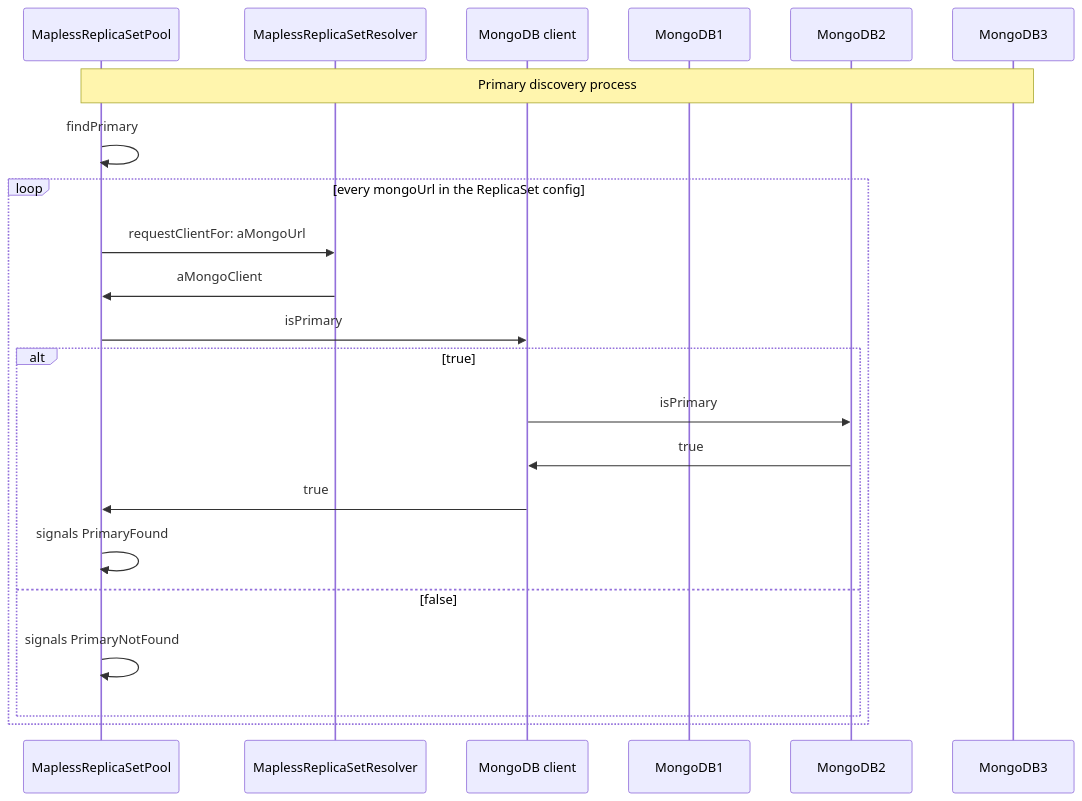
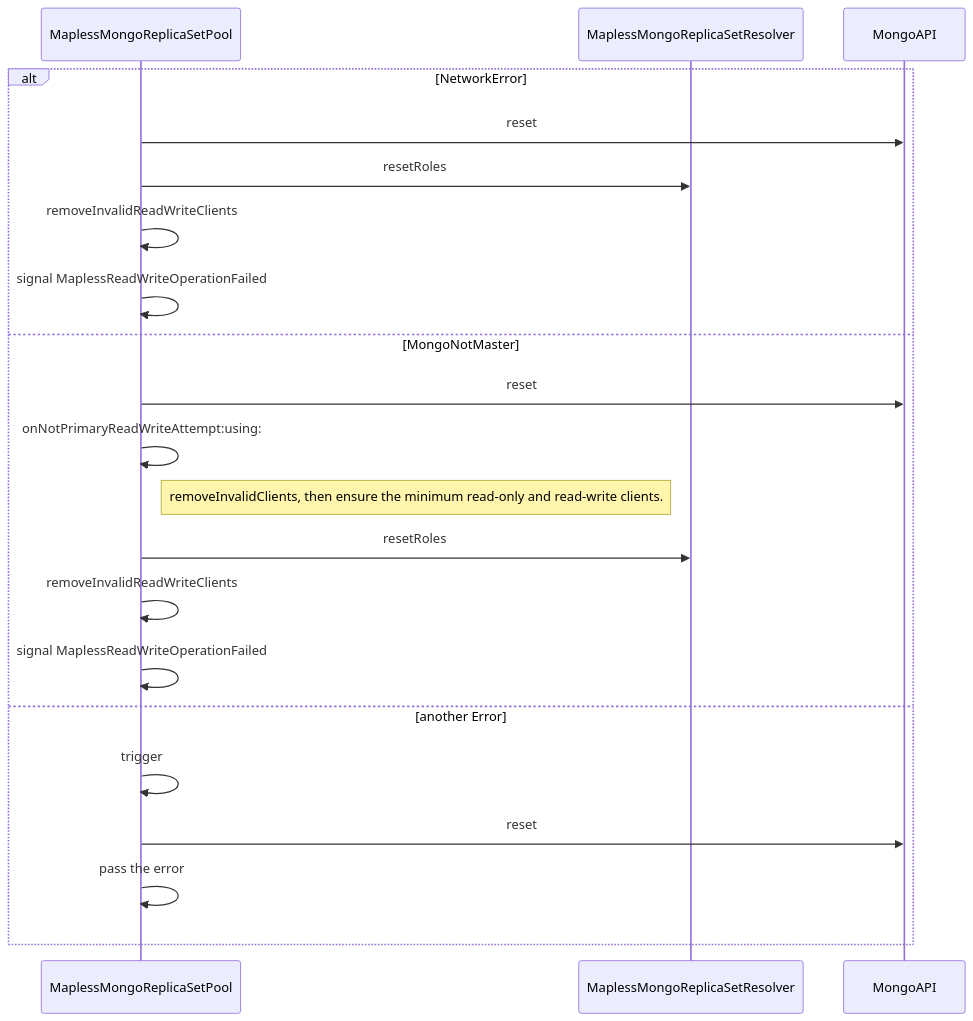
Before and after one commit to sebastianconcept/Mapless: the fourth of 5 diagrams in docs/replica-set.md, drawn with Mermaid. The commit also changed other lines of this file and 5 other files, not shown here.

First line of the commit message:
Update .gitignore, enhance justfile for local testing, and improve MongoDB replica set documentation

````diff
--- a/docs/replica-set.md
+++ b/docs/replica-set.md
@@ -131,25 +128,24 @@
 ```mermaid
 sequenceDiagram
-    participant pool as MaplessReplicaSetPool
-    participant resolver as MaplessReplicaSetResolver
-    participant client as MongoDB client
-    participant MongoDB1
-    participant MongoDB2
-    participant MongoDB3
+    participant pool as MaplessMongoReplicaSetPool
+    participant resolver as MaplessMongoReplicaSetResolver
+    participant client as MongoAPI
 
-    Note over pool,MongoDB3: Primary discovery process
-    pool->>pool: findPrimary
-    loop every mongoUrl in the ReplicaSet config
-        pool->>resolver: requestClientFor: aMongoUrl
-        resolver->>pool: aMongoClient
-        pool->>client: isPrimary
-        alt true
-            client->>MongoDB2: isPrimary
-            MongoDB2->>client: true
-            client->>pool: true
-            pool->>pool: signals PrimaryFound
-        else false
-            pool->>pool: signals PrimaryNotFound
-        end
+    alt NetworkError
+        pool->>client: reset
+        pool->>resolver: resetRoles
+        pool->>pool: removeInvalidReadWriteClients
+        pool->>pool: signal MaplessReadWriteOperationFailed
+    else MongoNotMaster
+        pool->>client: reset
+        pool->>pool: onNotPrimaryReadWriteAttempt:using:
+        Note right of pool: removeInvalidClients, then ensure the minimum read-only and read-write clients.
+        pool->>resolver: resetRoles
+        pool->>pool: removeInvalidReadWriteClients
+        pool->>pool: signal MaplessReadWriteOperationFailed
+    else another Error
+        pool->>pool: trigger #readWriteError:
+        pool->>client: reset
+        pool->>pool: pass the error
     end
 ```
````
